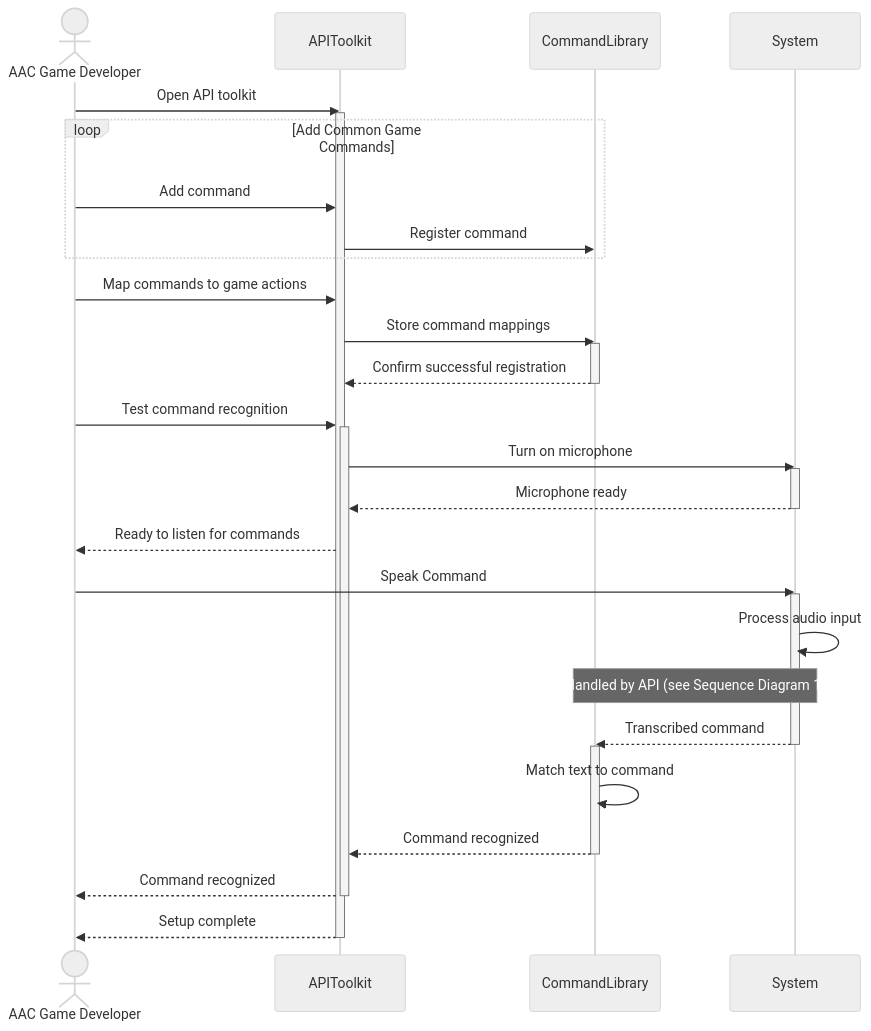
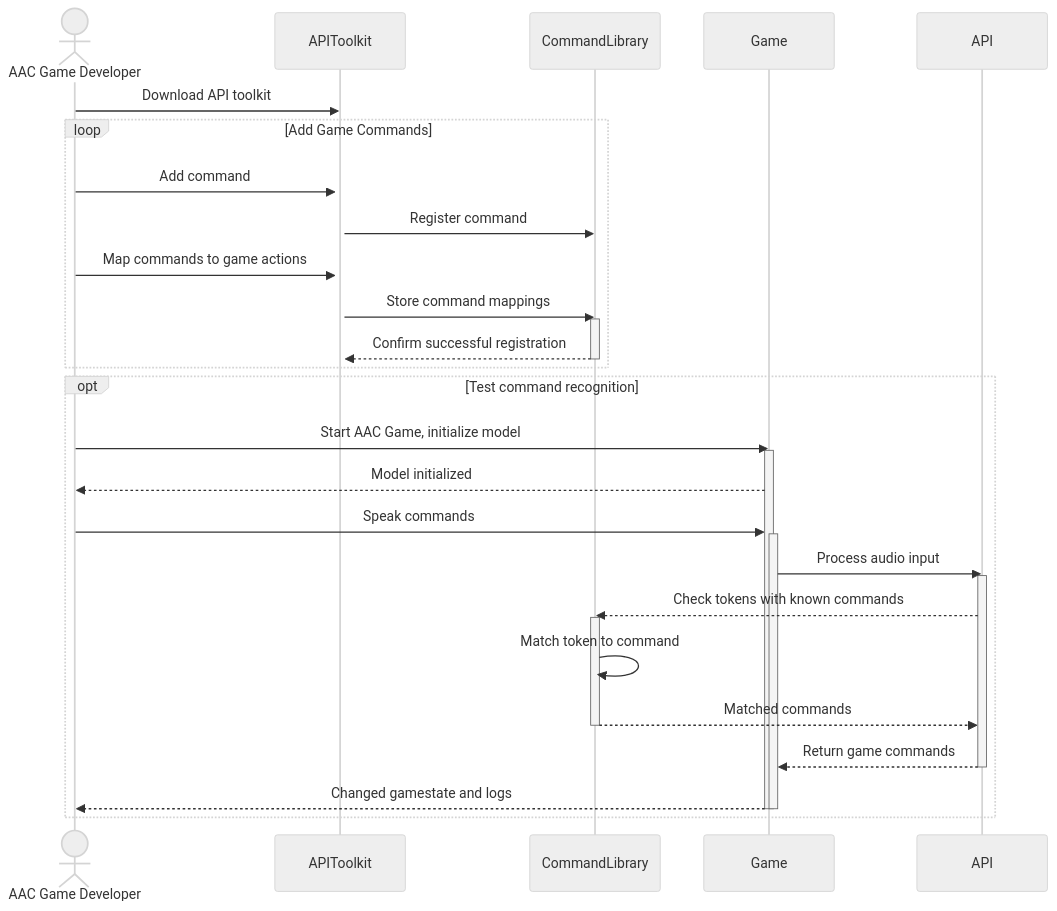
Before and after one commit to Capstone-Projects-2025-Fall/project-001-aac-api: the sixth of 8 diagrams in documentation/docs/system-architecture/sequence-diagrams.md, drawn with Mermaid (neutral theme).

Commit message:
Update Sequence Diagram 6

````diff
--- a/documentation/docs/system-architecture/sequence-diagrams.md
+++ b/documentation/docs/system-architecture/sequence-diagrams.md
@@ -188,44 +188,39 @@
 ```mermaid
 sequenceDiagram
     actor AAC Game Developer
     participant APIToolkit
     participant CommandLibrary
-    participant System
     
-    AAC Game Developer->>APIToolkit: Open API toolkit
+    AAC Game Developer->>APIToolkit: Download API toolkit
     activate APIToolkit
         
-    loop Add Common Game Commands
+    loop Add Game Commands
         AAC Game Developer->>APIToolkit: Add command
-        APIToolkit->>CommandLibrary: Register command 
+        APIToolkit->>CommandLibrary: Register command
+        AAC Game Developer->>APIToolkit: Map commands to game actions
+        APIToolkit->>CommandLibrary: Store command mappings
+        activate CommandLibrary
+
+        CommandLibrary-->>APIToolkit: Confirm successful registration
+        deactivate CommandLibrary
     end
-    
-    AAC Game Developer->>APIToolkit: Map commands to game actions
-    APIToolkit->>CommandLibrary: Store command mappings
-    activate CommandLibrary
-
-    CommandLibrary-->>APIToolkit: Confirm successful registration
-    deactivate CommandLibrary
-    
-    AAC Game Developer->>APIToolkit: Test command recognition
-    activate APIToolkit
-    APIToolkit->>System: Turn on microphone
-    activate System
-    System-->>APIToolkit: Microphone ready
-    deactivate System
-    APIToolkit-->>AAC Game Developer: Ready to listen for commands
-    AAC Game Developer->>System: Speak Command
-    activate System
-    System->>System: Process audio input
-    Note over System, CommandLibrary: Handled by API (see Sequence Diagram 1)
-    System-->>CommandLibrary: Transcribed command
-    deactivate System
-    activate CommandLibrary
-    CommandLibrary->>CommandLibrary: Match text to command
-    CommandLibrary-->>APIToolkit: Command recognized
-    deactivate CommandLibrary
-    APIToolkit-->>AAC Game Developer: Command recognized
-    deactivate APIToolkit
-    APIToolkit-->>AAC Game Developer: Setup complete
-    deactivate APIToolkit
+    opt Test command recognition
+        AAC Game Developer->>Game: Start AAC Game, initialize model
+        activate Game
+        Game-->>AAC Game Developer: Model initialized
+        AAC Game Developer->>Game: Speak commands
+        activate Game
+        Game->>API: Process audio input
+        activate API
+        API-->>CommandLibrary: Check tokens with known commands
+        activate CommandLibrary
+        CommandLibrary->>CommandLibrary: Match token to command
+        CommandLibrary-->>API: Matched commands
+        deactivate CommandLibrary
+        API-->>Game: Return game commands
+        deactivate API
+        Game-->>AAC Game Developer: Changed gamestate and logs
+        deactivate Game
+        deactivate Game
+    end
 ```
````
